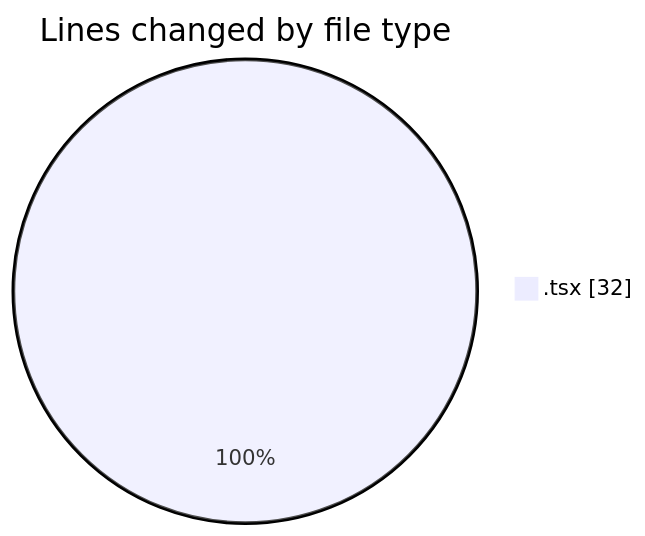
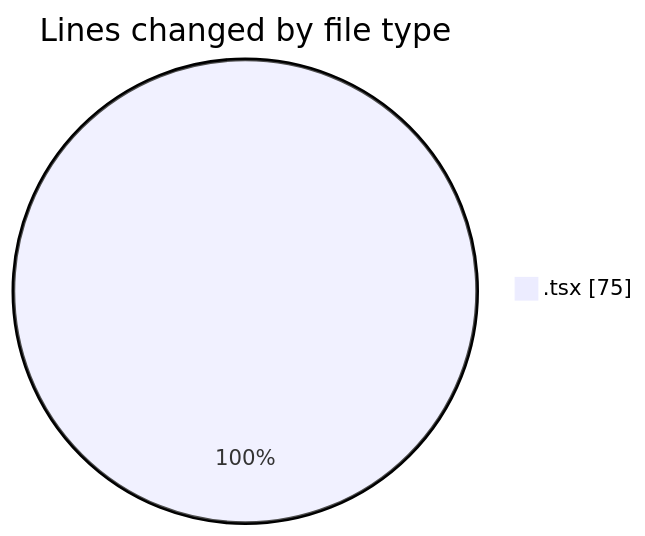
The first of 2 diagrams in 2025-03-10/mbc-web/README.md (robertbonfada/code-tracking), drawn with Mermaid before and after one commit. The commit also changed other lines of this file and 1 other file, not shown here.

````diff
--- a/2025-03-10/mbc-web/README.md
+++ b/2025-03-10/mbc-web/README.md
@@ -22,5 +24,5 @@
 ```mermaid
 pie showData
 title Lines changed by file type
-".tsx" : 32
+".tsx" : 75
 ```
````
